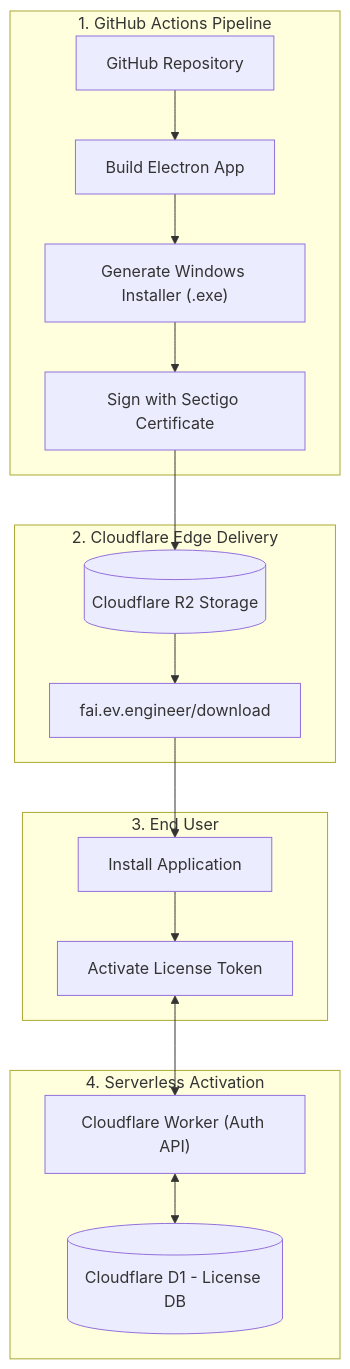
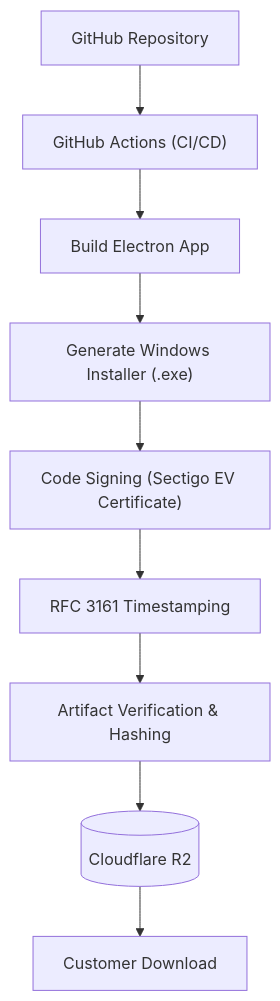
Before and after one commit to LoonistApp/Loonist: the second of 8 diagrams in Phase_3_Desktop_System_Architecture.md, drawn with Mermaid. The commit also changed other lines of this file, not shown here.

````diff
--- a/Phase_3_Desktop_System_Architecture.md
+++ b/Phase_3_Desktop_System_Architecture.md
@@ -11,34 +56,14 @@
 ```mermaid
 flowchart TD
-    subgraph CI_CD ["1. GitHub Actions Pipeline"]
-        Source["GitHub Repository"]
-        Build["Build Electron App"]
-        Installer["Generate Windows Installer (.exe)"]
-        Sign["Sign with Sectigo Certificate"]
-    end
+    Source["GitHub Repository"]
+    CI["GitHub Actions (CI/CD)"]
+    Build["Build Electron App"]
+    Installer["Generate Windows Installer (.exe)"]
+    Sign["Code Signing (Sectigo EV Certificate)"]
+    Timestamp["RFC 3161 Timestamping"]
+    Verify["Artifact Verification & Hashing"]
+    R2[("Cloudflare R2")]
+    Download["Customer Download"]
 
-    subgraph CDN ["2. Cloudflare Edge Delivery"]
-        R2[(Cloudflare R2 Storage)]
-        Download["fai.ev.engineer/download"]
-    end
-
-    subgraph Customer ["3. End User"]
-        Install["Install Application"]
-        Activate["Activate License Token"]
-    end
-    
-    subgraph Activation ["4. Serverless Activation"]
-        Worker["Cloudflare Worker (Auth API)"]
-        D1[(Cloudflare D1 - License DB)]
-    end
-
-    Source --> Build
-    Build --> Installer
-    Installer --> Sign
-    Sign --> R2
-    R2 --> Download
-    Download --> Install
-    Install --> Activate
-    Activate <--> Worker
-    Worker <--> D1
+    Source --> CI --> Build --> Installer --> Sign --> Timestamp --> Verify --> R2 --> Download
 ```
````
